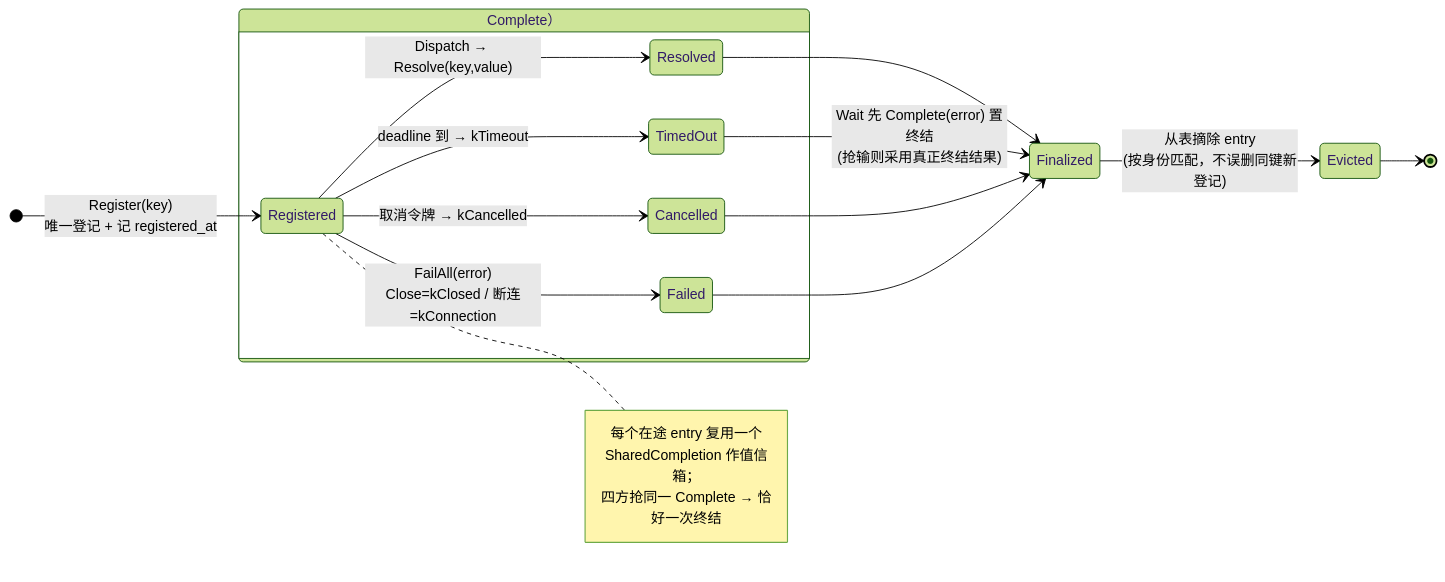
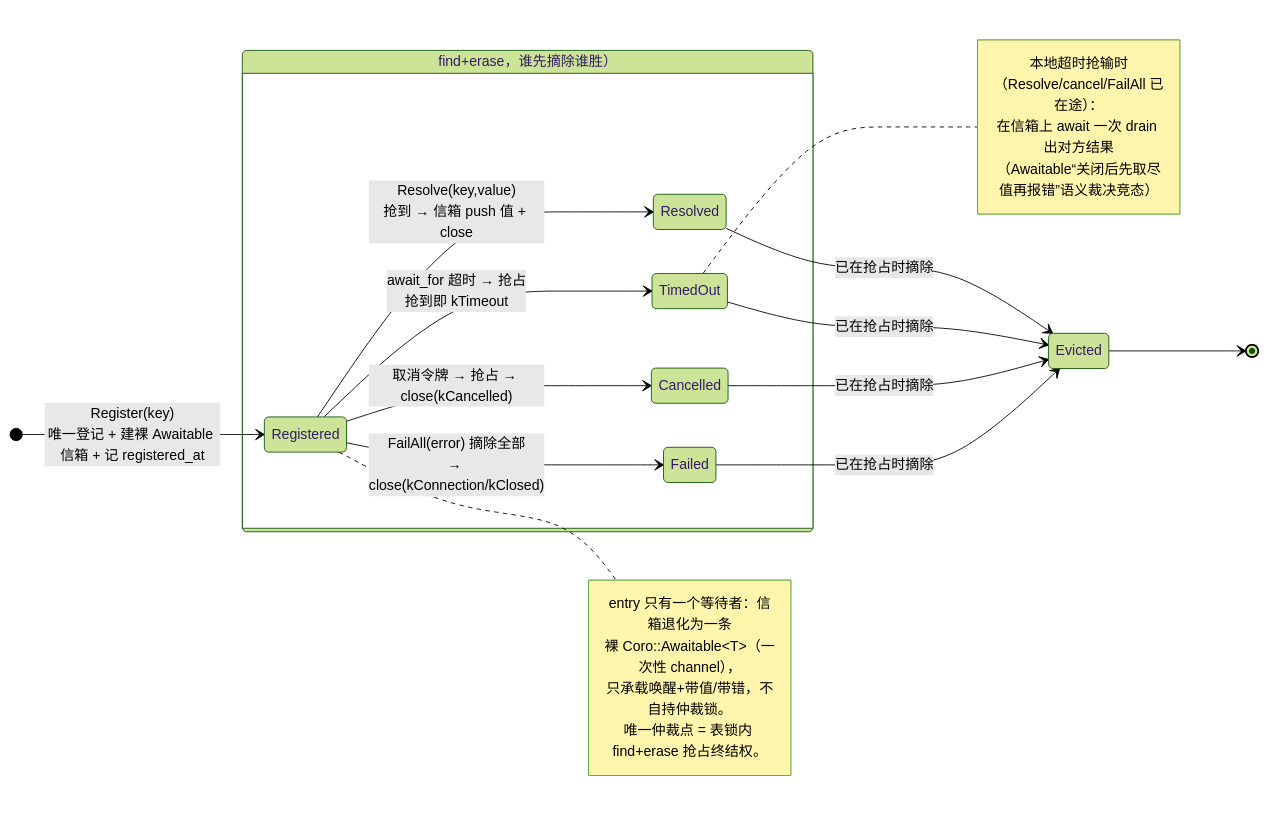
Before and after one commit to Ste7an-cs/Transport: the diagram in docs/diagrams/state-pending-entry.mmd, drawn with Mermaid (forest theme). The commit also changed 5 other files, not shown here.

First line of the commit message:
refactor(node): PendingTable entry 改用裸 Coro::Awaitable,去掉 SharedCompletion 层

```diff
--- a/docs/diagrams/state-pending-entry.mmd
+++ b/docs/diagrams/state-pending-entry.mmd
@@ -1,24 +1,29 @@
 stateDiagram-v2
     direction LR
-    [*] --> Registered: Register(key)<br/>唯一登记 + 记 registered_at
+    [*] --> Registered: Register(key)<br/>唯一登记 + 建裸 Awaitable 信箱 + 记 registered_at
 
-    state 四方仲裁（原子首胜 Complete） {
-        Registered --> Resolved: Dispatch → Resolve(key,value)
-        Registered --> TimedOut: deadline 到 → kTimeout
-        Registered --> Cancelled: 取消令牌 → kCancelled
-        Registered --> Failed: FailAll(error)<br/>Close=kClosed / 断连=kConnection
+    state 抢占仲裁（表锁 find+erase，谁先摘除谁胜） {
+        Registered --> Resolved: Resolve(key,value)<br/>抢到 → 信箱 push 值 + close
+        Registered --> TimedOut: await_for 超时 → 抢占<br/>抢到即 kTimeout
+        Registered --> Cancelled: 取消令牌 → 抢占 → close(kCancelled)
+        Registered --> Failed: FailAll(error) 摘除全部<br/>→ close(kConnection/kClosed)
     }
 
-    Resolved --> Finalized
-    TimedOut --> Finalized: Wait 先 Complete(error) 置终结<br/>(抢输则采用真正终结结果)
-    Cancelled --> Finalized
-    Failed --> Finalized
-
-    Finalized --> Evicted: 从表摘除 entry<br/>(按身份匹配，不误删同键新登记)
+    Resolved --> Evicted: 已在抢占时摘除
+    TimedOut --> Evicted: 已在抢占时摘除
+    Cancelled --> Evicted: 已在抢占时摘除
+    Failed --> Evicted: 已在抢占时摘除
     Evicted --> [*]
 
     note right of Registered
-        每个在途 entry 复用一个
-        SharedCompletion 作值信箱；
-        四方抢同一 Complete → 恰好一次终结
+        entry 只有一个等待者：信箱退化为一条
+        裸 Coro::Awaitable&lt;T&gt;（一次性 channel），
+        只承载唤醒+带值/带错，不自持仲裁锁。
+        唯一仲裁点 = 表锁内 find+erase 抢占终结权。
     end note
+
+    note right of TimedOut
+        本地超时抢输时（Resolve/cancel/FailAll 已在途）：
+        在信箱上 await 一次 drain 出对方结果
+        （Awaitable“关闭后先取尽值再报错”语义裁决竞态）
+    end note
```
